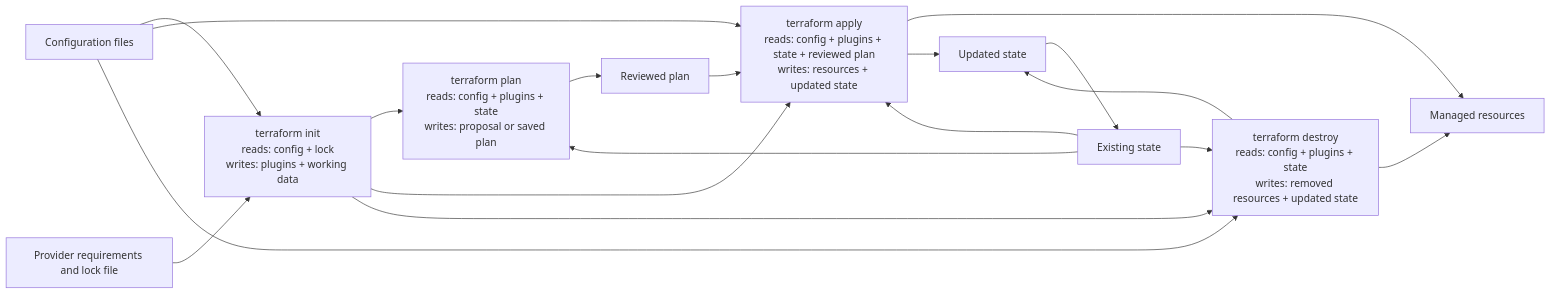
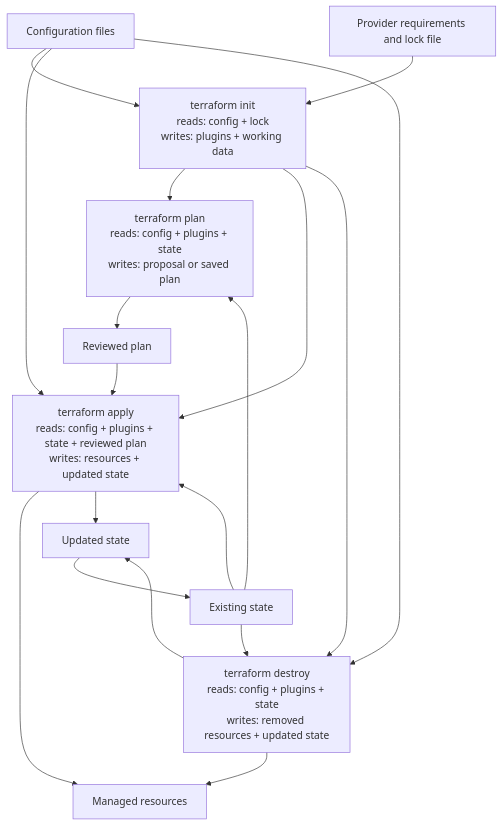
One commit to OpalBolt/Hashicorp-Katas changed the diagram in docs/slices/terraform/01-workflow.md. Above: the diagram before and after it, drawn with Mermaid.

Commit message:
docs(terraform): orient workflow diagram top down
The workflow diagram has enough nodes to become hard to read when laid out horizontally.

````diff
--- a/docs/slices/terraform/01-workflow.md
+++ b/docs/slices/terraform/01-workflow.md
@@ -38,20 +38,20 @@
 ```mermaid
-flowchart LR
+flowchart TD
     config["Configuration files"] --> init["terraform init<br/>reads: config + lock<br/>writes: plugins + working data"]
     lock["Provider requirements and lock file"] --> init
     init --> plan["terraform plan<br/>reads: config + plugins + state<br/>writes: proposal or saved plan"]
     state["Existing state"] --> plan
     plan --> review["Reviewed plan"]
     config --> apply["terraform apply<br/>reads: config + plugins + state + reviewed plan<br/>writes: resources + updated state"]
     init --> apply
     state --> apply
     review --> apply
     apply --> resources["Managed resources"]
     apply --> newstate["Updated state"]
     newstate --> state
     config --> destroy["terraform destroy<br/>reads: config + plugins + state<br/>writes: removed resources + updated state"]
     init --> destroy
     state --> destroy
     destroy --> resources
     destroy --> newstate
 ```
````
